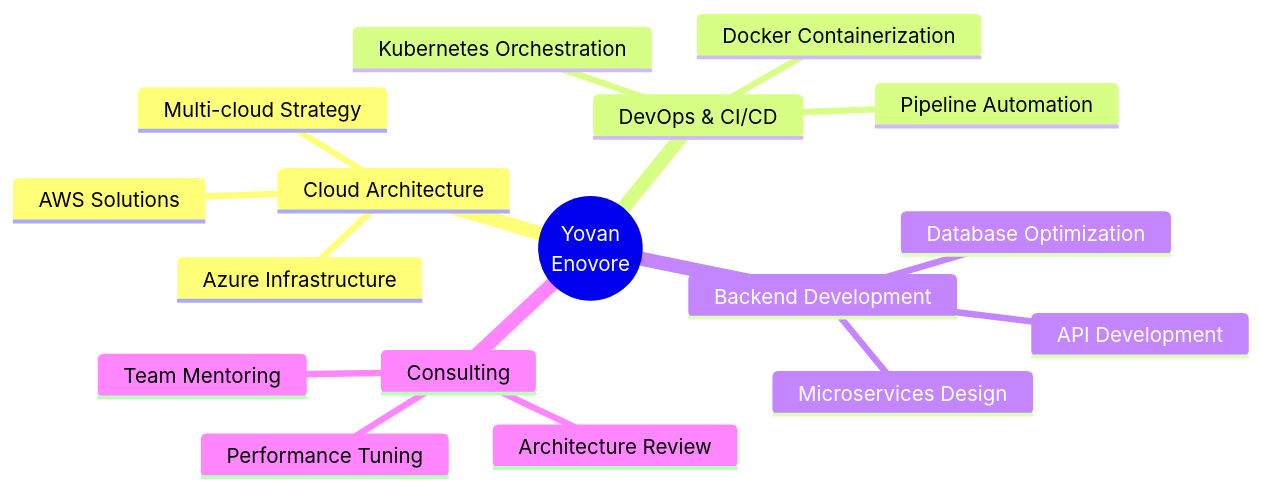
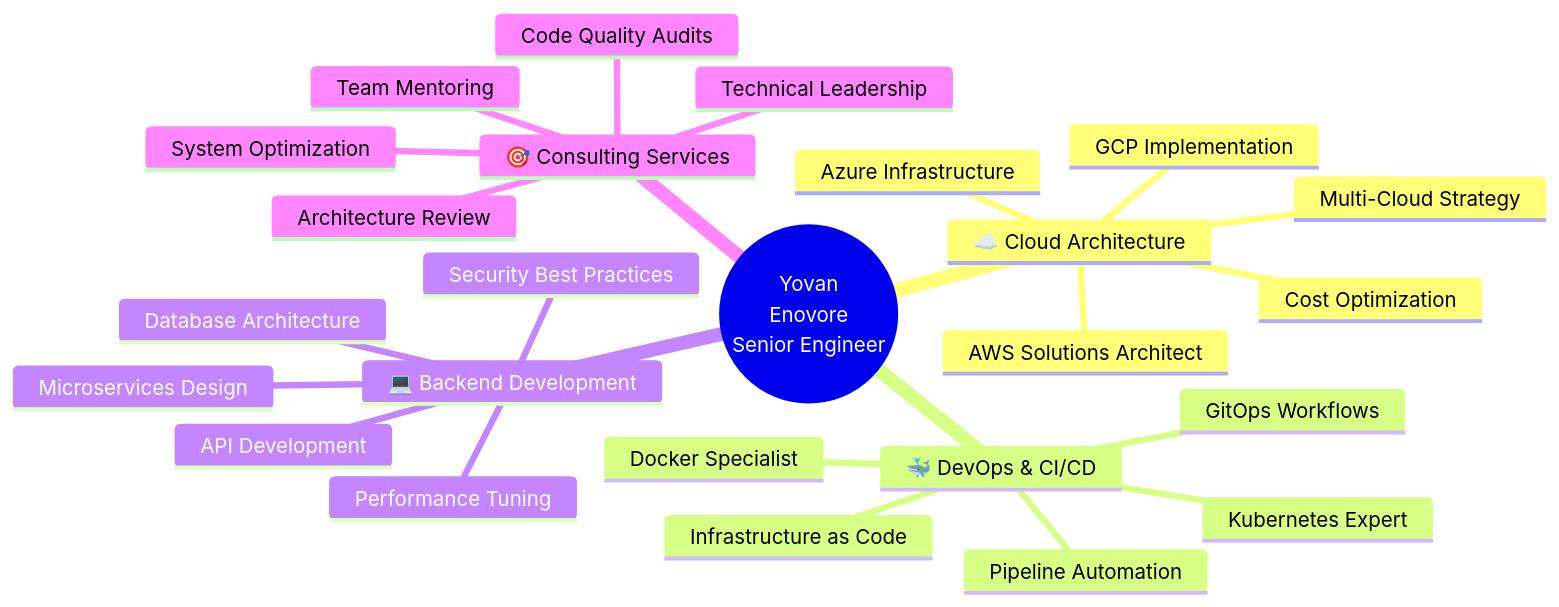
The diagram in README.md (ynvYauneEnovore/ynvYauneEnovore), drawn with Mermaid before and after one commit. The commit also changed other lines of this file, not shown here.

````diff
--- a/README.md
+++ b/README.md
@@ -208,20 +385,28 @@
 ```mermaid
 mindmap
-  root((Yovan<br/>Enovore))
-    Cloud Architecture
-      AWS Solutions
+  root((Yovan<br/>Enovore<br/>Senior Engineer))
+    ☁️ Cloud Architecture
+      AWS Solutions Architect
       Azure Infrastructure
-      Multi-cloud Strategy
-    DevOps & CI/CD
-      Kubernetes Orchestration
-      Docker Containerization
+      GCP Implementation
+      Multi-Cloud Strategy
+      Cost Optimization
+    🐳 DevOps & CI/CD
+      Kubernetes Expert
+      Docker Specialist
+      GitOps Workflows
       Pipeline Automation
-    Backend Development
+      Infrastructure as Code
+    💻 Backend Development
       Microservices Design
       API Development
-      Database Optimization
-    Consulting
+      Database Architecture
+      Performance Tuning
+      Security Best Practices
+    🎯 Consulting Services
       Architecture Review
-      Performance Tuning
+      System Optimization
       Team Mentoring
+      Technical Leadership
+      Code Quality Audits
 ```
````
